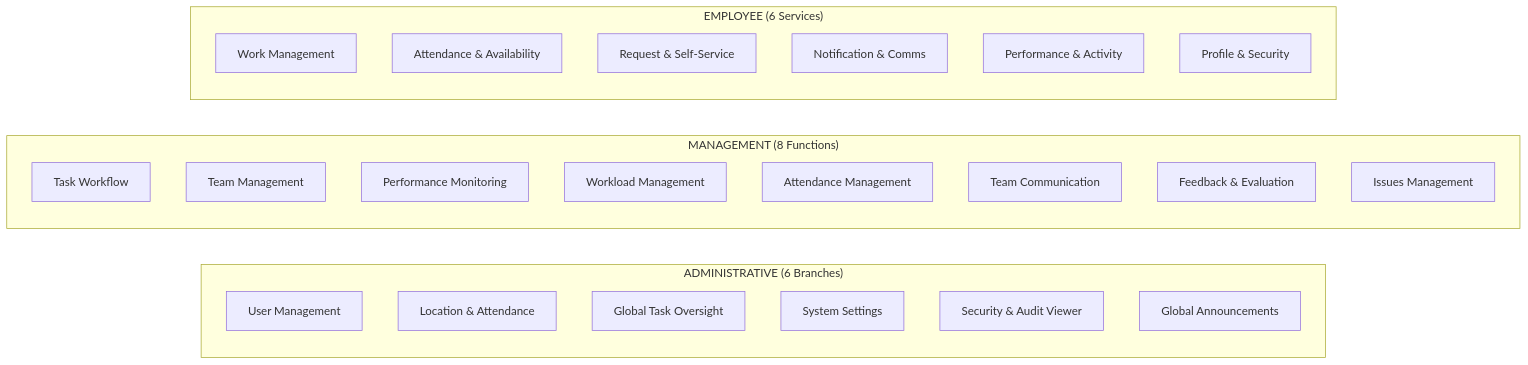
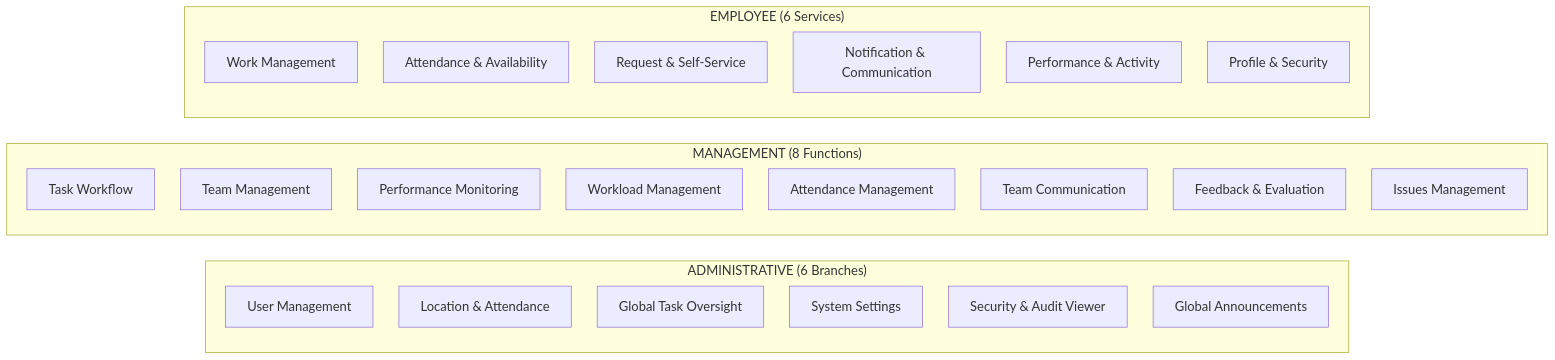
One commit to manikanta-ciril/internal-operations-tracking-system changed the third of 10 diagrams in iots-app/documentation/ai-data/codex-design/detailed_documentation_gem.md. Above: the diagram before and after it, drawn with Mermaid. The commit also changed other lines of this file and 1 other file, not shown here.

````diff
--- a/iots-app/documentation/ai-data/codex-design/detailed_documentation_gem.md
+++ b/iots-app/documentation/ai-data/codex-design/detailed_documentation_gem.md
@@ -274,31 +278,32 @@
 ```mermaid
-graph LR
+%%{init: {"themeVariables": {"fontSize": "18px"}, "flowchart": {"nodeSpacing": 36, "rankSpacing": 45}}}%%
+flowchart LR
     subgraph AdminBranches["ADMINISTRATIVE (6 Branches)"]
-        A1[User Management]
-        A2[Location & Attendance]
-        A3[Global Task Oversight]
-        A4[System Settings]
-        A5[Security & Audit Viewer]
-        A6[Global Announcements]
+        A1["User Management"]
+        A2["Location & Attendance"]
+        A3["Global Task Oversight"]
+        A4["System Settings"]
+        A5["Security & Audit Viewer"]
+        A6["Global Announcements"]
     end
 
     subgraph ManagerFunctions["MANAGEMENT (8 Functions)"]
-        M1[Task Workflow]
-        M2[Team Management]
-        M3[Performance Monitoring]
-        M4[Workload Management]
-        M5[Attendance Management]
-        M6[Team Communication]
-        M7[Feedback & Evaluation]
-        M8[Issues Management]
+        M1["Task Workflow"]
+        M2["Team Management"]
+        M3["Performance Monitoring"]
+        M4["Workload Management"]
+        M5["Attendance Management"]
+        M6["Team Communication"]
+        M7["Feedback & Evaluation"]
+        M8["Issues Management"]
     end
 
     subgraph EmployeeServices["EMPLOYEE (6 Services)"]
-        E1[Work Management]
-        E2[Attendance & Availability]
-        E3[Request & Self-Service]
-        E4[Notification & Comms]
-        E5[Performance & Activity]
-        E6[Profile & Security]
+        E1["Work Management"]
+        E2["Attendance & Availability"]
+        E3["Request & Self-Service"]
+        E4["Notification & Communication"]
+        E5["Performance & Activity"]
+        E6["Profile & Security"]
     end
 ```
````
